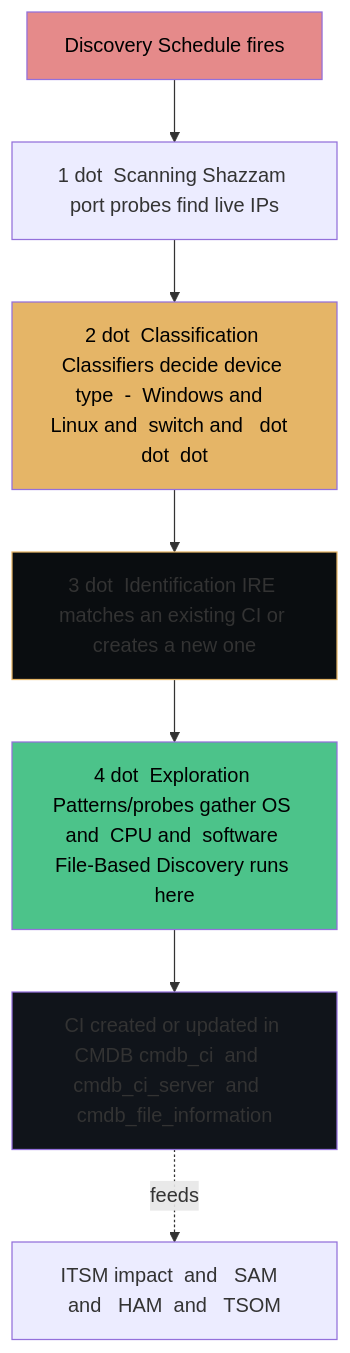
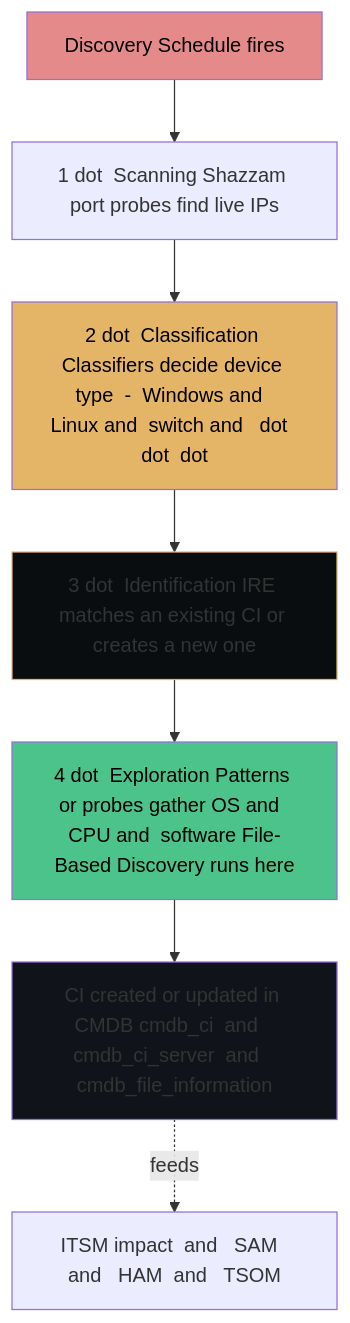
The second of 5 diagrams in docs/modules/discovery/discovery-guide.backup-2026-11-24.md (eltonaguiar/ServiceNow_Learning_TSOM-_CSM_FSM_SalesCRM_HAM_ITSM), drawn with Mermaid before and after one commit. The commit also changed other lines of this file and 19 other files, not shown here.

First line of the commit message:
Fix Mermaid diagram syntax errors - replace problematic chars in text content only

````diff
--- a/docs/modules/discovery/discovery-guide.backup-2026-11-24.md
+++ b/docs/modules/discovery/discovery-guide.backup-2026-11-24.md
@@ -291,17 +291,17 @@
 ```mermaid
 flowchart TD
     Start[Discovery Schedule fires] --> Scan[1 dot  Scanning Shazzam port probes find live IPs]
     Scan --> Classify[2 dot  Classification Classifiers decide device type  -  Windows and  Linux and  switch and   dot  dot  dot ]
     Classify --> Identify[3 dot  Identification IRE matches an existing CI or creates a new one]
-    Identify --> Explore[4 dot  Exploration Patterns/probes gather OS and  CPU and  software File-Based Discovery runs here]
+    Identify --> Explore[4 dot  Exploration Patterns or probes gather OS and  CPU and  software File-Based Discovery runs here]
     Explore --> CI[CI created or updated in CMDB cmdb_ci  and   cmdb_ci_server  and   cmdb_file_information]
     CI -.->|feeds| Downstream[ITSM impact  and   SAM  and   HAM  and   TSOM]
 
     style Start fill:#e58a8a,color:#000
     style Classify fill:#e5b567,color:#000
     style Identify fill:#0a0d10,stroke:#e5b567
     style Explore fill:#4cc38a,color:#000
     style CI fill:#10141a
 
 
 ```
````
